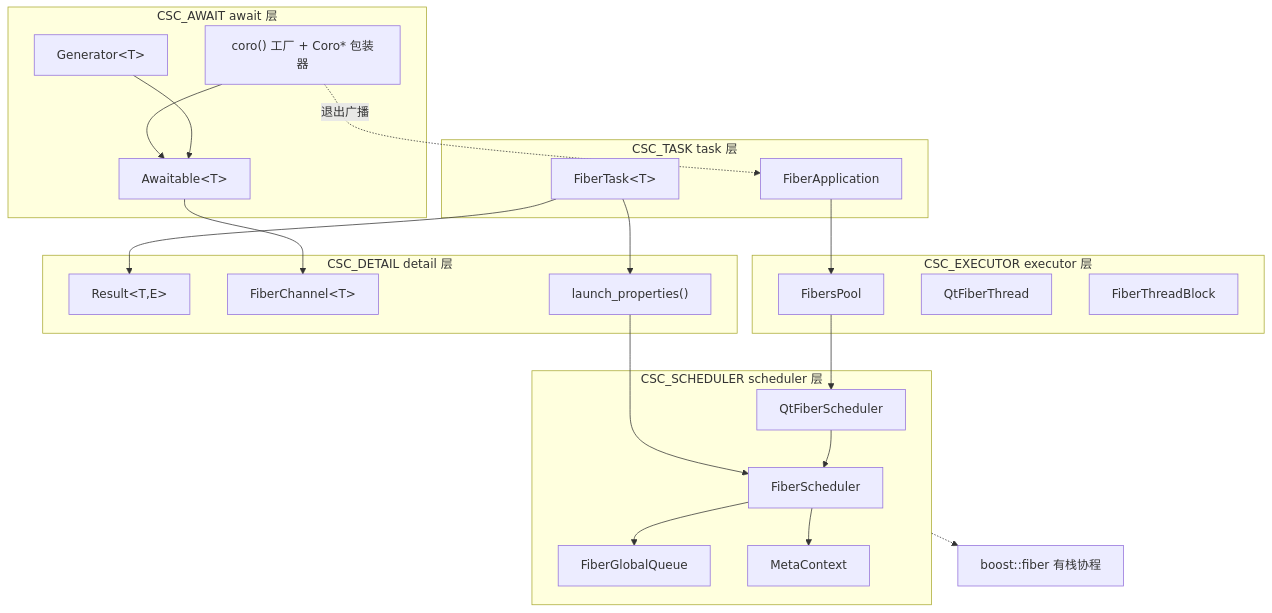
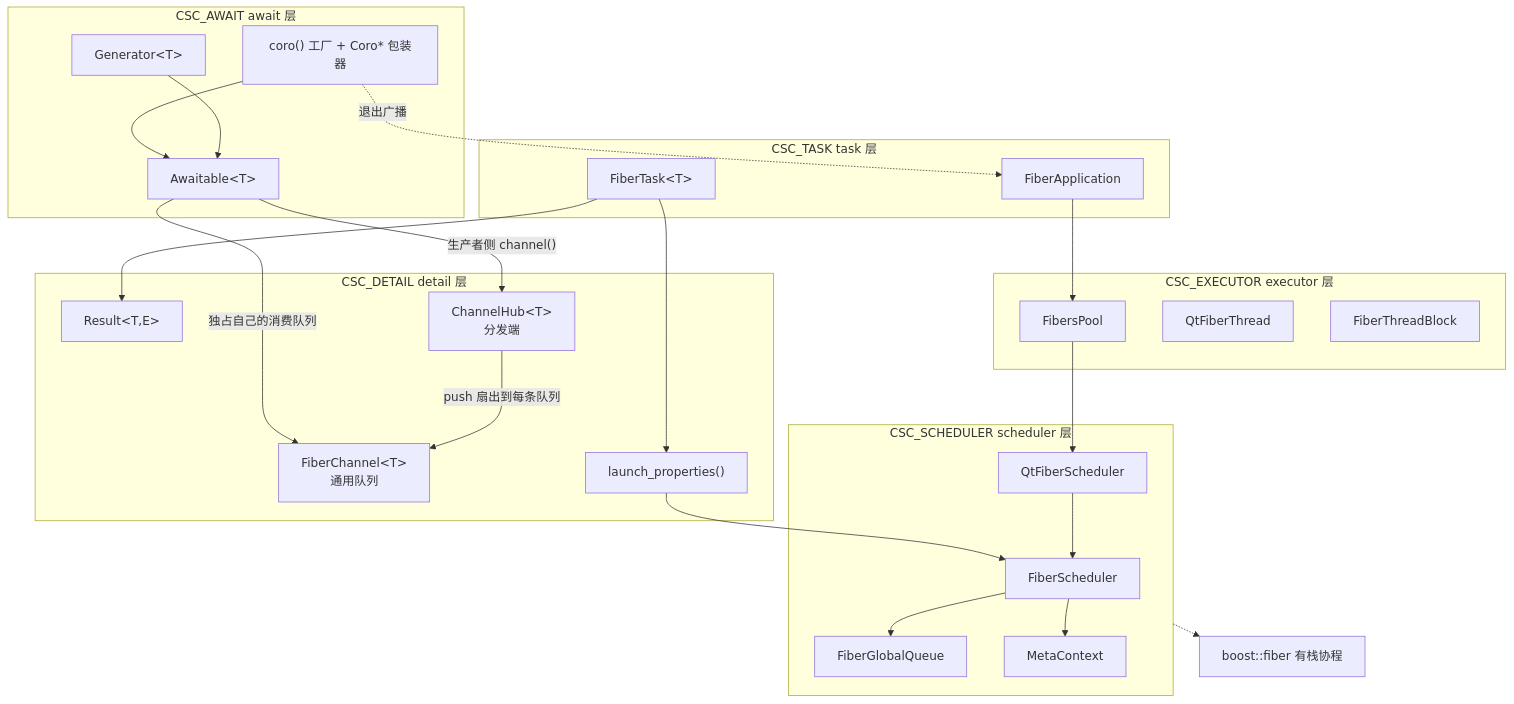
One commit to Ste7an-cs/AsyncTask changed the diagram in doc/img/sdd-01-sec-4-1.mmd. Above: the diagram before and after it, drawn with Mermaid. The commit also changed 9 other files, not shown here.

First line of the commit message:
docs: 按 ChannelHub 与状态模式重画全部相关图表

```diff
--- a/doc/img/sdd-01-sec-4-1.mmd
+++ b/doc/img/sdd-01-sec-4-1.mmd
@@ -1,40 +1,43 @@
 flowchart TB
     subgraph AWAIT["CSC_AWAIT await 层"]
         Awaitable["Awaitable&lt;T&gt;"]
         Generator["Generator&lt;T&gt;"]
         coro["coro() 工厂 + Coro* 包装器"]
     end
     subgraph TASK["CSC_TASK task 层"]
         FiberTask["FiberTask&lt;T&gt;"]
         FiberApplication
     end
     subgraph EXECUTOR["CSC_EXECUTOR executor 层"]
         FibersPool
         QtFiberThread
         FiberThreadBlock
     end
     subgraph SCHEDULER["CSC_SCHEDULER scheduler 层"]
         FiberScheduler
         QtFiberScheduler
         FiberGlobalQueue
         MetaContext
     end
     subgraph DETAIL["CSC_DETAIL detail 层"]
         Result["Result&lt;T,E&gt;"]
-        FiberChannel["FiberChannel&lt;T&gt;"]
+        ChannelHub["ChannelHub&lt;T&gt;<br/>分发端"]
+        FiberChannel["FiberChannel&lt;T&gt;<br/>通用队列"]
         launch["launch_properties()"]
     end
 
     coro --> Awaitable
     Generator --> Awaitable
-    Awaitable --> FiberChannel
+    Awaitable -->|"生产者侧 channel()"| ChannelHub
+    Awaitable -->|"独占自己的消费队列"| FiberChannel
+    ChannelHub -->|"push 扇出到每条队列"| FiberChannel
     coro -.退出广播.-> FiberApplication
     FiberTask --> Result
     FiberTask --> launch
     FiberApplication --> FibersPool
     launch --> FiberScheduler
     FibersPool --> QtFiberScheduler
     QtFiberScheduler --> FiberScheduler
     FiberScheduler --> FiberGlobalQueue
     FiberScheduler --> MetaContext
     SCHEDULER -.-> boost["boost::fiber 有栈协程"]
```
